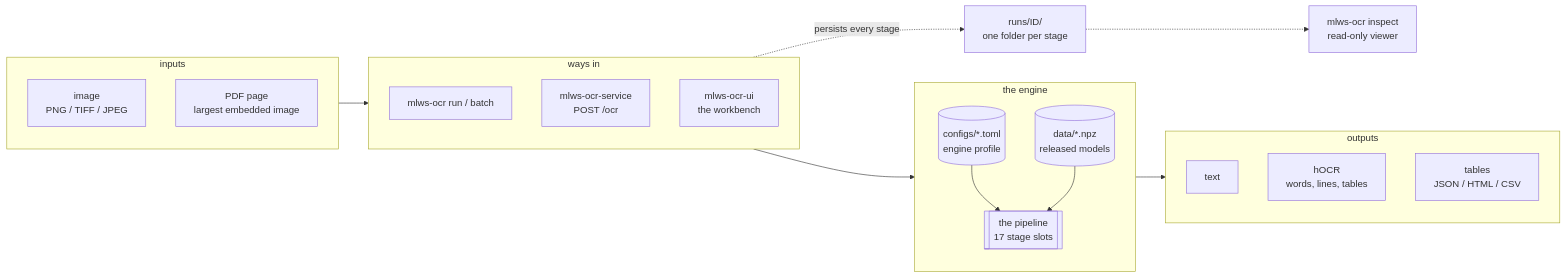
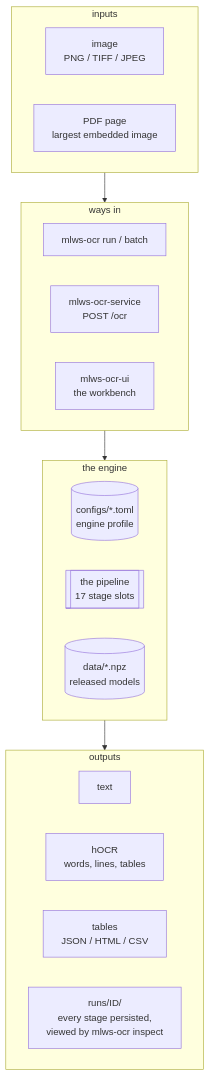
Before and after one commit to msharpe248/mlws-ocr: the first of 13 diagrams in docs/ARCHITECTURE.md, drawn with Mermaid. The commit also changed other lines of this file, not shown here.

First line of the commit message:
ARCHITECTURE.md: the system diagram laid out as four rows, the package map as four columns (no edge enters a group, so Mermaid keeps each group's direction)

````diff
--- a/docs/ARCHITECTURE.md
+++ b/docs/ARCHITECTURE.md
@@ -30,31 +30,28 @@
 ```mermaid
-flowchart LR
+flowchart TB
     subgraph In["inputs"]
-        direction TB
+        direction LR
         IMG["image<br/>PNG / TIFF / JPEG"]
         PDF["PDF page<br/>largest embedded image"]
     end
     subgraph Doors["ways in"]
-        direction TB
+        direction LR
         CLI["mlws-ocr run / batch"]
         SVC["mlws-ocr-service<br/>POST /ocr"]
         UI["mlws-ocr-ui<br/>the workbench"]
     end
     subgraph Engine["the engine"]
-        direction TB
+        direction LR
         CFG[("configs/*.toml<br/>engine profile")]
         PIPE[["the pipeline<br/>17 stage slots"]]
         MOD[("data/*.npz<br/>released models")]
-        CFG --> PIPE
-        MOD --> PIPE
     end
     subgraph Out["outputs"]
-        direction TB
+        direction LR
         TXT["text"]
         HOCR["hOCR<br/>words, lines, tables"]
         TAB["tables<br/>JSON / HTML / CSV"]
+        RUN["runs/ID/<br/>every stage persisted,<br/>viewed by mlws-ocr inspect"]
     end
     In --> Doors --> Engine --> Out
-    CLI -.->|persists every stage| RUN["runs/ID/<br/>one folder per stage"]
-    RUN -.-> INSP["mlws-ocr inspect<br/>read-only viewer"]
 ```
````
